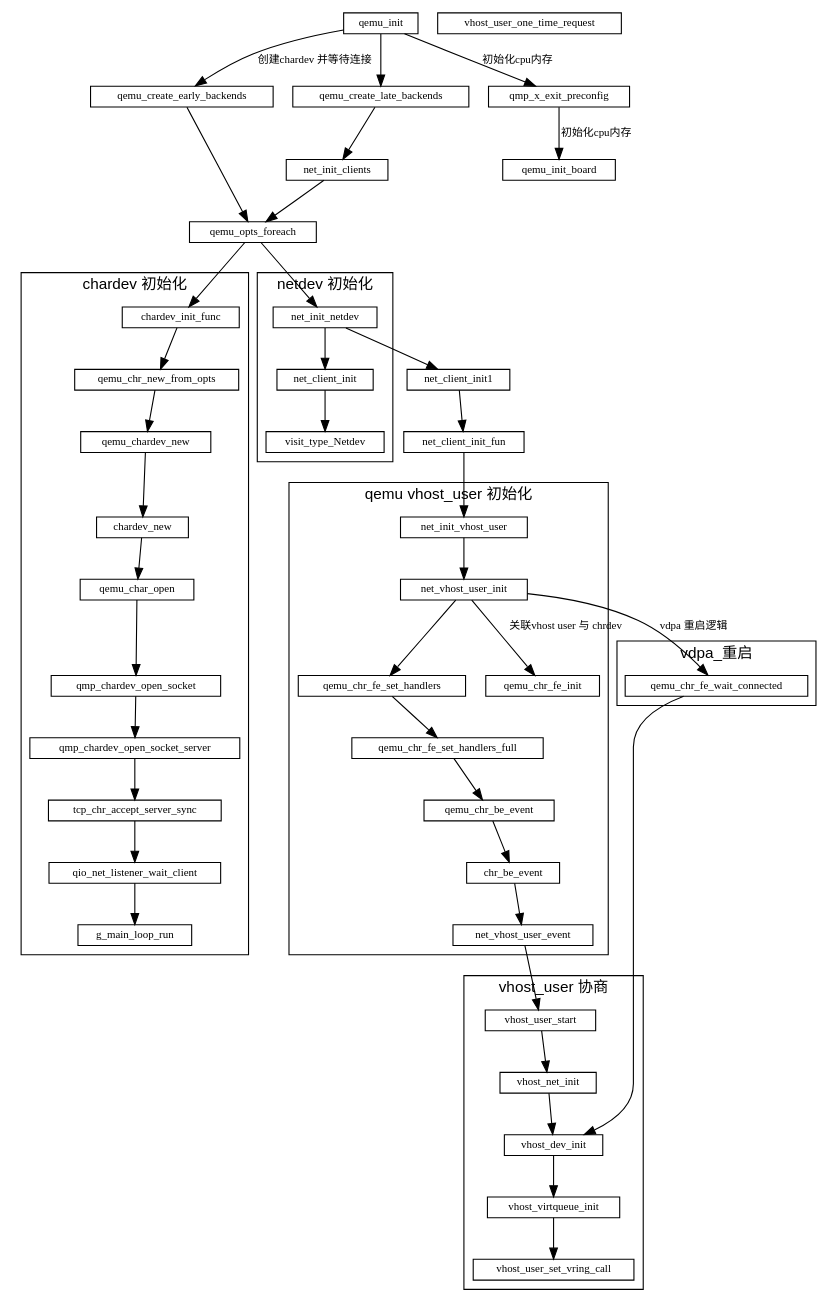
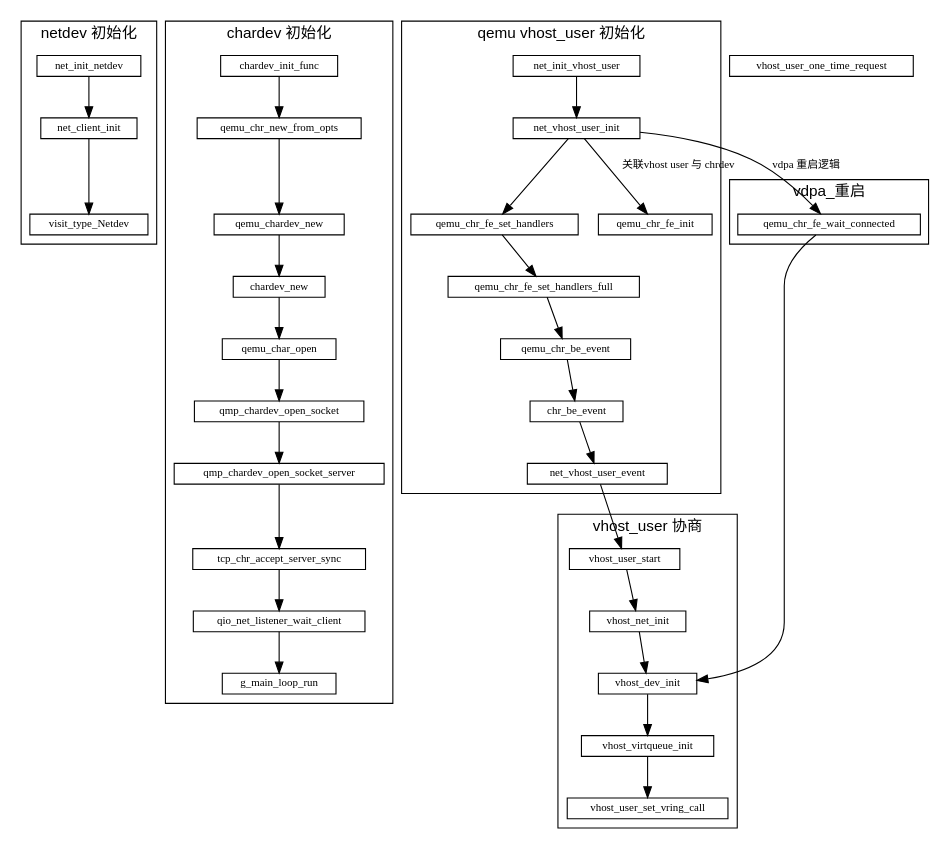
The diagram in qemu/qemu初始化.md (sisyphus1212/note), drawn with Graphviz before and after one commit.

Commit message:
auto_update

```diff
--- a/qemu/qemu初始化.md
+++ b/qemu/qemu初始化.md
@@ -16,23 +16,6 @@
     //rankdir="LR"
     node [fontsize=10, shape=record, height=0.25]
     edge [fontsize=10]
-
-    qemu_init -> qemu_create_early_backends[label="创建chardev 并等待连接"]
-                 qemu_create_early_backends
-              -> qemu_opts_foreach
-              -> chardev_init_func
-
-    qemu_init -> qemu_create_late_backends
-              -> net_init_clients
-              -> qemu_opts_foreach
-              -> net_init_netdev
-              -> net_client_init1
-              -> net_client_init_fun
-              -> net_init_vhost_user
-
-    qemu_init -> qmp_x_exit_preconfig
-              -> qemu_init_board[label="初始化cpu内存"]
-
 
     subgraph netdev_init {
         label="netdev 初始化";
```
